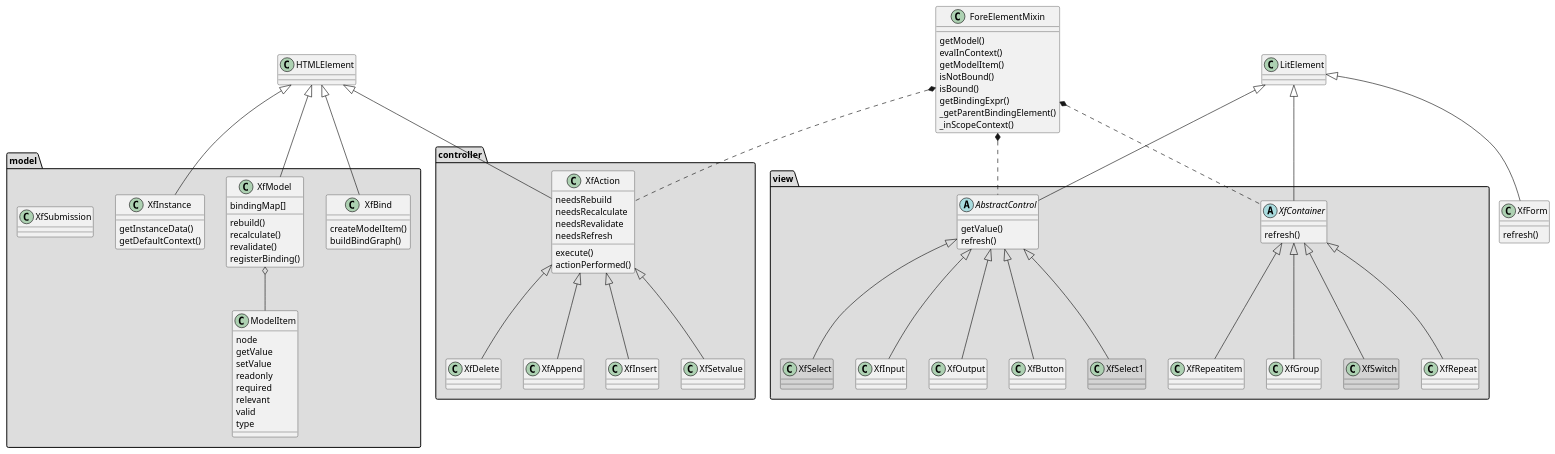
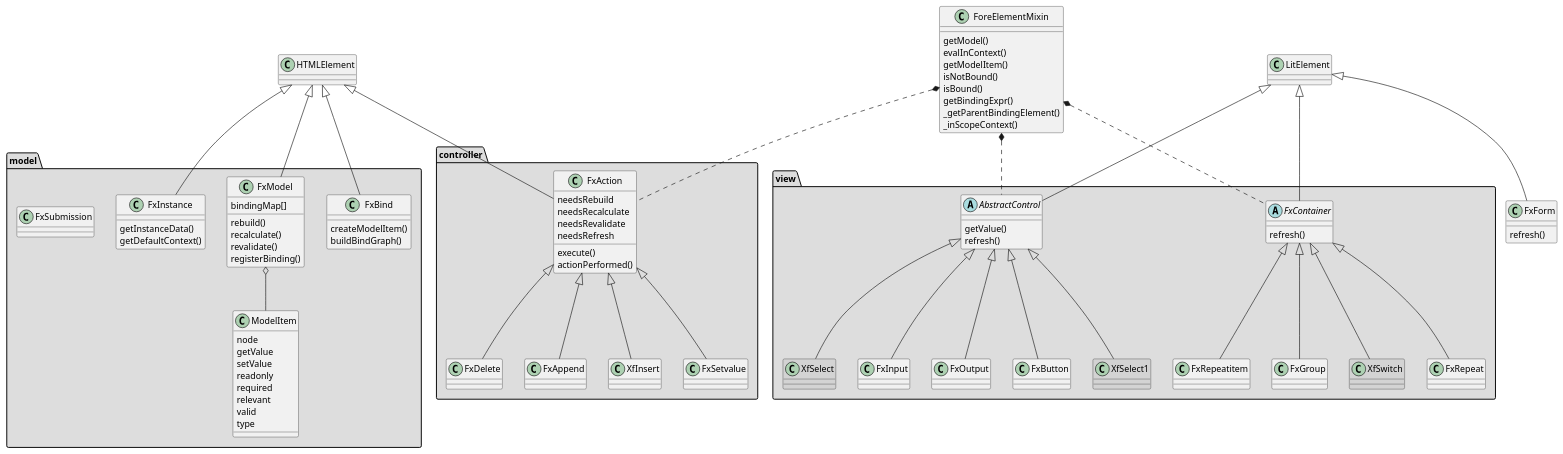
Before and after one commit to Jinntec/Fore: the diagram in doc/class-relations.puml, drawn with PlantUML. The commit also changed 109 other files, not shown here.

```diff
--- a/doc/class-relations.puml
+++ b/doc/class-relations.puml
@@ -1,113 +1,113 @@
 @startuml
 
 class HTMLElement{
 }
 class LitElement
 
-class XfForm {
+class FxForm {
     refresh()
 }
-LitElement <|-- XfForm
+LitElement <|-- FxForm
 
 
 class ForeElementMixin{
     getModel()
     evalInContext()
     getModelItem()
     isNotBound()
     isBound()
     getBindingExpr()
     _getParentBindingElement()
     _inScopeContext()
 }
 package "model" #DDDDDD {
-    class XfModel{
+    class FxModel{
         bindingMap[]
         rebuild()
         recalculate()
         revalidate()
         registerBinding()
     }
-    class XfInstance{
+    class FxInstance{
         getInstanceData()
         getDefaultContext()
     }
 
     class ModelItem{
         node
         getValue
         setValue
         readonly
         required
         relevant
         valid
         type
     }
 
-    class XfBind{
+    class FxBind{
         createModelItem()
         buildBindGraph()
     }
-    class XfSubmission
+    class FxSubmission
 
-    HTMLElement <|-- XfInstance
-    HTMLElement <|-- XfBind
-    HTMLElement <|-- XfModel
+    HTMLElement <|-- FxInstance
+    HTMLElement <|-- FxBind
+    HTMLElement <|-- FxModel
 
 
 }
 
-XfModel o-- ModelItem
+FxModel o-- ModelItem
 
 package "view" #DDDDDD{
-    abstract class XfContainer{
+    abstract class FxContainer{
         refresh()
     }
     abstract class AbstractControl{
         getValue()
         refresh()
     }
     class XfSwitch #lightgrey
     class XfSelect1 #lightgrey
     class XfSelect #lightgrey
-    AbstractControl <|-- XfInput
-    AbstractControl <|-- XfOutput
-    AbstractControl <|-- XfButton
-    XfContainer <|-- XfRepeat
-    XfContainer <|-- XfRepeatitem
-    XfContainer <|-- XfGroup
-    XfContainer <|-- XfSwitch
+    AbstractControl <|-- FxInput
+    AbstractControl <|-- FxOutput
+    AbstractControl <|-- FxButton
+    FxContainer <|-- FxRepeat
+    FxContainer <|-- FxRepeatitem
+    FxContainer <|-- FxGroup
+    FxContainer <|-- XfSwitch
     AbstractControl <|-- XfSelect
     AbstractControl <|-- XfSelect1
 }
 
 package "controller" #DDDDDD{
-    class XfAction{
+    class FxAction{
         needsRebuild
         needsRecalculate
         needsRevalidate
         needsRefresh
         execute()
         actionPerformed()
     }
-    XfAction <|-- XfDelete
-    XfAction <|-- XfAppend
-    XfAction <|-- XfInsert
-    XfAction <|-- XfSetvalue
+    FxAction <|-- FxDelete
+    FxAction <|-- FxAppend
+    FxAction <|-- XfInsert
+    FxAction <|-- FxSetvalue
 
 }
 
 
-LitElement <|-- XfContainer
+LitElement <|-- FxContainer
 LitElement <|-- AbstractControl
 ForeElementMixin *.. AbstractControl
-ForeElementMixin *.. XfContainer
+ForeElementMixin *.. FxContainer
 
 
-HTMLElement <|-- XfAction
-ForeElementMixin *.. XfAction
+HTMLElement <|-- FxAction
+ForeElementMixin *.. FxAction
 
 
 
 
 @enduml
```
